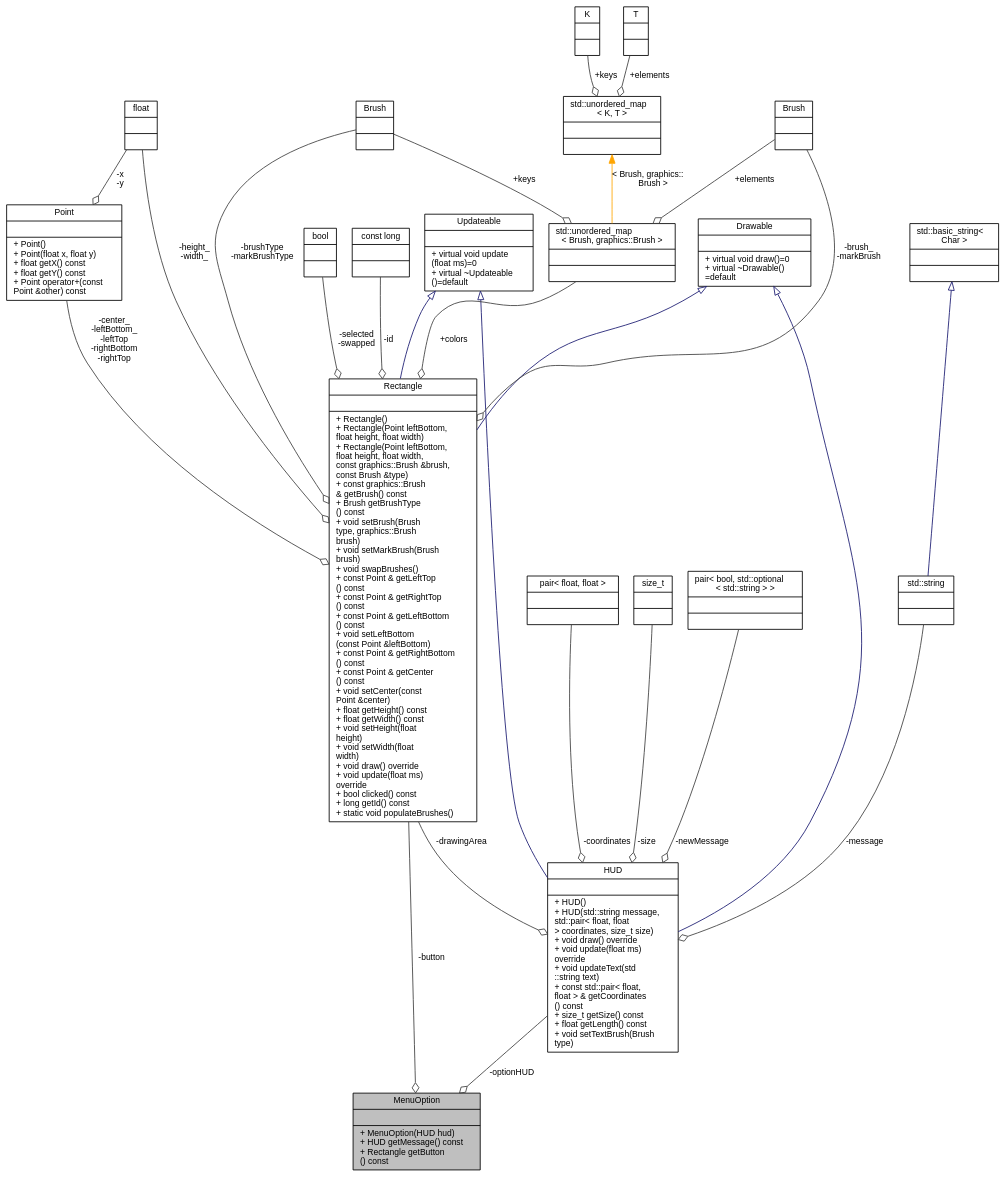
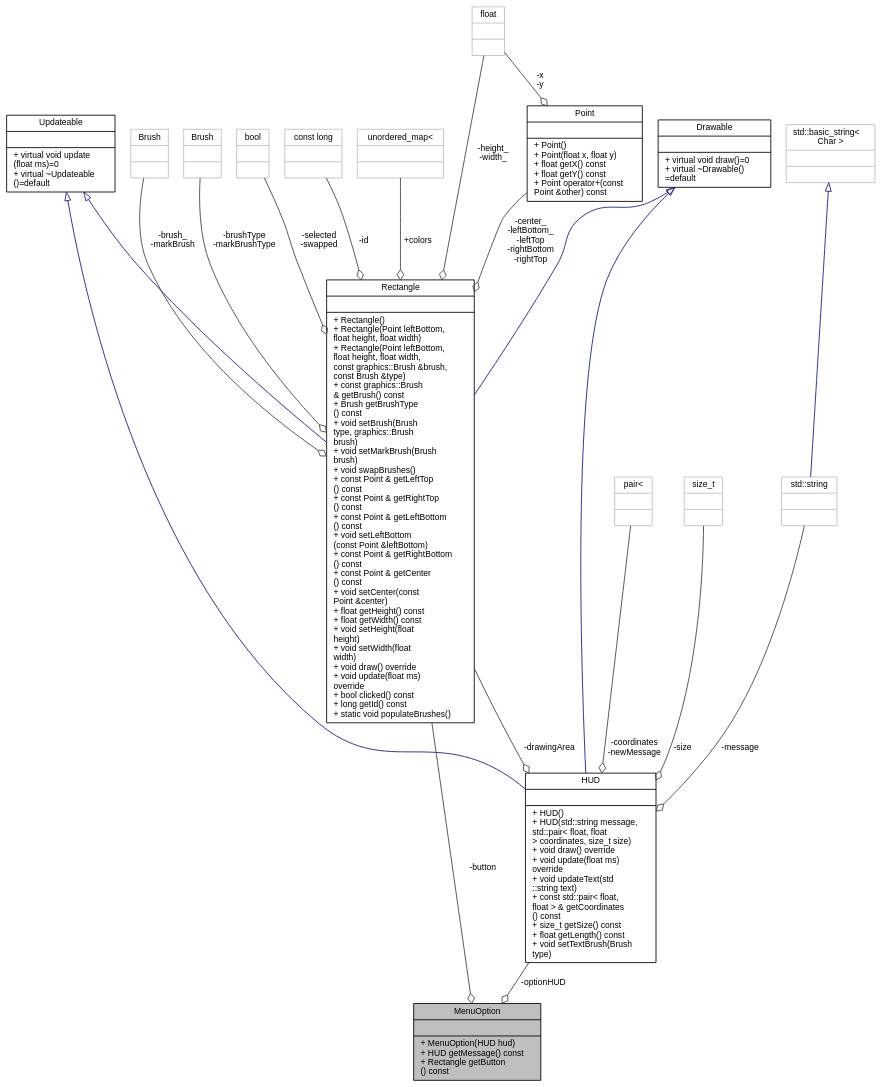
Before and after one commit to iliaskap12/chess: the diagram in df/dd8/classMenuOption__coll__graph.dot, drawn with Graphviz. The commit also changed 428 other files, not shown here.

```diff
--- a/df/dd8/classMenuOption__coll__graph.dot
+++ b/df/dd8/classMenuOption__coll__graph.dot
@@ -1,52 +1,42 @@
 digraph "MenuOption"
 {
  // LATEX_PDF_SIZE
   bgcolor="transparent";
   edge [fontname="Helvetica",fontsize="10",labelfontname="Helvetica",labelfontsize="10"];
   node [fontname="Helvetica",fontsize="10",shape=record];
   Node1 [label="{MenuOption\n||+  MenuOption(HUD hud)\l+ HUD getMessage() const\l+ Rectangle getButton\l() const\l}",height=0.2,width=0.4,color="black", fillcolor="grey75", style="filled", fontcolor="black",tooltip=" "];
   Node2 -> Node1 [color="grey25",fontsize="10",style="solid",label=" -optionHUD" ,arrowhead="odiamond",fontname="Helvetica"];
   Node2 [label="{HUD\n||+  HUD()\l+  HUD(std::string message,\l std::pair\< float, float\l \> coordinates, size_t size)\l+ void draw() override\l+ void update(float ms)\l override\l+ void updateText(std\l::string text)\l+ const std::pair\< float,\l float \> & getCoordinates\l() const\l+ size_t getSize() const\l+ float getLength() const\l+ void setTextBrush(Brush\l type)\l}",height=0.2,width=0.4,color="black",URL="$d0/df0/classHUD.html",tooltip=" "];
   Node3 -> Node2 [dir="back",color="midnightblue",fontsize="10",style="solid",arrowtail="onormal",fontname="Helvetica"];
   Node3 [label="{Drawable\n||+ virtual void draw()=0\l+ virtual ~Drawable()\l=default\l}",height=0.2,width=0.4,color="black",URL="$de/db8/classDrawable.html",tooltip=" "];
   Node4 -> Node2 [dir="back",color="midnightblue",fontsize="10",style="solid",arrowtail="onormal",fontname="Helvetica"];
   Node4 [label="{Updateable\n||+ virtual void update\l(float ms)=0\l+ virtual ~Updateable\l()=default\l}",height=0.2,width=0.4,color="black",URL="$d2/d7d/classUpdateable.html",tooltip=" "];
   Node5 -> Node2 [color="grey25",fontsize="10",style="solid",label=" -message" ,arrowhead="odiamond",fontname="Helvetica"];
-  Node5 [label="{std::string\n||}",height=0.2,width=0.4,color="black",tooltip=" "];
+  Node5 [label="{std::string\n||}",height=0.2,width=0.4,color="grey75",tooltip=" "];
   Node6 -> Node5 [dir="back",color="midnightblue",fontsize="10",style="solid",arrowtail="onormal",fontname="Helvetica"];
-  Node6 [label="{std::basic_string\<\l Char \>\n||}",height=0.2,width=0.4,color="black",tooltip=" "];
-  Node7 -> Node2 [color="grey25",fontsize="10",style="solid",label=" -coordinates" ,arrowhead="odiamond",fontname="Helvetica"];
-  Node7 [label="{pair\< float, float \>\n||}",height=0.2,width=0.4,color="black",tooltip=" "];
+  Node6 [label="{std::basic_string\<\l Char \>\n||}",height=0.2,width=0.4,color="grey75",tooltip=" "];
+  Node7 -> Node2 [color="grey25",fontsize="10",style="solid",label=" -coordinates\n-newMessage" ,arrowhead="odiamond",fontname="Helvetica"];
+  Node7 [label="{pair\<\n||}",height=0.2,width=0.4,color="grey75",tooltip=" "];
   Node8 -> Node2 [color="grey25",fontsize="10",style="solid",label=" -size" ,arrowhead="odiamond",fontname="Helvetica"];
-  Node8 [label="{size_t\n||}",height=0.2,width=0.4,color="black",tooltip=" "];
+  Node8 [label="{size_t\n||}",height=0.2,width=0.4,color="grey75",tooltip=" "];
   Node9 -> Node2 [color="grey25",fontsize="10",style="solid",label=" -drawingArea" ,arrowhead="odiamond",fontname="Helvetica"];
   Node9 [label="{Rectangle\n||+  Rectangle()\l+  Rectangle(Point leftBottom,\l float height, float width)\l+  Rectangle(Point leftBottom,\l float height, float width,\l const graphics::Brush &brush,\l const Brush &type)\l+ const graphics::Brush\l & getBrush() const\l+ Brush getBrushType\l() const\l+ void setBrush(Brush\l type, graphics::Brush\l brush)\l+ void setMarkBrush(Brush\l brush)\l+ void swapBrushes()\l+ const Point & getLeftTop\l() const\l+ const Point & getRightTop\l() const\l+ const Point & getLeftBottom\l() const\l+ void setLeftBottom\l(const Point &leftBottom)\l+ const Point & getRightBottom\l() const\l+ const Point & getCenter\l() const\l+ void setCenter(const\l Point &center)\l+ float getHeight() const\l+ float getWidth() const\l+ void setHeight(float\l height)\l+ void setWidth(float\l width)\l+ void draw() override\l+ void update(float ms)\l override\l+ bool clicked() const\l+ long getId() const\l+ static void populateBrushes()\l}",height=0.2,width=0.4,color="black",URL="$de/d00/classRectangle.html",tooltip=" "];
   Node3 -> Node9 [dir="back",color="midnightblue",fontsize="10",style="solid",arrowtail="onormal",fontname="Helvetica"];
   Node4 -> Node9 [dir="back",color="midnightblue",fontsize="10",style="solid",arrowtail="onormal",fontname="Helvetica"];
   Node10 -> Node9 [color="grey25",fontsize="10",style="solid",label=" +colors" ,arrowhead="odiamond",fontname="Helvetica"];
-  Node10 [label="{std::unordered_map\l\< Brush, graphics::Brush \>\n||}",height=0.2,width=0.4,color="black",tooltip=" "];
-  Node11 -> Node10 [color="grey25",fontsize="10",style="solid",label=" +keys" ,arrowhead="odiamond",fontname="Helvetica"];
-  Node11 [label="{Brush\n||}",height=0.2,width=0.4,color="black",tooltip=" "];
-  Node12 -> Node10 [color="grey25",fontsize="10",style="solid",label=" +elements" ,arrowhead="odiamond",fontname="Helvetica"];
-  Node12 [label="{Brush\n||}",height=0.2,width=0.4,color="black",tooltip=" "];
-  Node13 -> Node10 [dir="back",color="orange",fontsize="10",style="solid",label=" \< Brush, graphics::\lBrush \>" ,fontname="Helvetica"];
-  Node13 [label="{std::unordered_map\l\< K, T \>\n||}",height=0.2,width=0.4,color="black",tooltip=" "];
-  Node14 -> Node13 [color="grey25",fontsize="10",style="solid",label=" +keys" ,arrowhead="odiamond",fontname="Helvetica"];
-  Node14 [label="{K\n||}",height=0.2,width=0.4,color="black",tooltip=" "];
-  Node15 -> Node13 [color="grey25",fontsize="10",style="solid",label=" +elements" ,arrowhead="odiamond",fontname="Helvetica"];
-  Node15 [label="{T\n||}",height=0.2,width=0.4,color="black",tooltip=" "];
-  Node16 -> Node9 [color="grey25",fontsize="10",style="solid",label=" -center_\n-leftBottom_\n-leftTop\n-rightBottom\n-rightTop" ,arrowhead="odiamond",fontname="Helvetica"];
-  Node16 [label="{Point\n||+  Point()\l+  Point(float x, float y)\l+ float getX() const\l+ float getY() const\l+ Point operator+(const\l Point &other) const\l}",height=0.2,width=0.4,color="black",URL="$dc/d4f/classPoint.html",tooltip=" "];
-  Node17 -> Node16 [color="grey25",fontsize="10",style="solid",label=" -x\n-y" ,arrowhead="odiamond",fontname="Helvetica"];
-  Node17 [label="{float\n||}",height=0.2,width=0.4,color="black",tooltip=" "];
-  Node17 -> Node9 [color="grey25",fontsize="10",style="solid",label=" -height_\n-width_" ,arrowhead="odiamond",fontname="Helvetica"];
-  Node12 -> Node9 [color="grey25",fontsize="10",style="solid",label=" -brush_\n-markBrush" ,arrowhead="odiamond",fontname="Helvetica"];
-  Node11 -> Node9 [color="grey25",fontsize="10",style="solid",label=" -brushType\n-markBrushType" ,arrowhead="odiamond",fontname="Helvetica"];
-  Node18 -> Node9 [color="grey25",fontsize="10",style="solid",label=" -selected\n-swapped" ,arrowhead="odiamond",fontname="Helvetica"];
-  Node18 [label="{bool\n||}",height=0.2,width=0.4,color="black",tooltip=" "];
-  Node19 -> Node9 [color="grey25",fontsize="10",style="solid",label=" -id" ,arrowhead="odiamond",fontname="Helvetica"];
-  Node19 [label="{const long\n||}",height=0.2,width=0.4,color="black",tooltip=" "];
-  Node20 -> Node2 [color="grey25",fontsize="10",style="solid",label=" -newMessage" ,arrowhead="odiamond",fontname="Helvetica"];
-  Node20 [label="{pair\< bool, std::optional\l\< std::string \> \>\n||}",height=0.2,width=0.4,color="black",tooltip=" "];
+  Node10 [label="{unordered_map\<\n||}",height=0.2,width=0.4,color="grey75",tooltip=" "];
+  Node11 -> Node9 [color="grey25",fontsize="10",style="solid",label=" -center_\n-leftBottom_\n-leftTop\n-rightBottom\n-rightTop" ,arrowhead="odiamond",fontname="Helvetica"];
+  Node11 [label="{Point\n||+  Point()\l+  Point(float x, float y)\l+ float getX() const\l+ float getY() const\l+ Point operator+(const\l Point &other) const\l}",height=0.2,width=0.4,color="black",URL="$dc/d4f/classPoint.html",tooltip=" "];
+  Node12 -> Node11 [color="grey25",fontsize="10",style="solid",label=" -x\n-y" ,arrowhead="odiamond",fontname="Helvetica"];
+  Node12 [label="{float\n||}",height=0.2,width=0.4,color="grey75",tooltip=" "];
+  Node12 -> Node9 [color="grey25",fontsize="10",style="solid",label=" -height_\n-width_" ,arrowhead="odiamond",fontname="Helvetica"];
+  Node13 -> Node9 [color="grey25",fontsize="10",style="solid",label=" -brush_\n-markBrush" ,arrowhead="odiamond",fontname="Helvetica"];
+  Node13 [label="{Brush\n||}",height=0.2,width=0.4,color="grey75",tooltip=" "];
+  Node14 -> Node9 [color="grey25",fontsize="10",style="solid",label=" -brushType\n-markBrushType" ,arrowhead="odiamond",fontname="Helvetica"];
+  Node14 [label="{Brush\n||}",height=0.2,width=0.4,color="grey75",tooltip=" "];
+  Node15 -> Node9 [color="grey25",fontsize="10",style="solid",label=" -selected\n-swapped" ,arrowhead="odiamond",fontname="Helvetica"];
+  Node15 [label="{bool\n||}",height=0.2,width=0.4,color="grey75",tooltip=" "];
+  Node16 -> Node9 [color="grey25",fontsize="10",style="solid",label=" -id" ,arrowhead="odiamond",fontname="Helvetica"];
+  Node16 [label="{const long\n||}",height=0.2,width=0.4,color="grey75",tooltip=" "];
   Node9 -> Node1 [color="grey25",fontsize="10",style="solid",label=" -button" ,arrowhead="odiamond",fontname="Helvetica"];
 }
```
